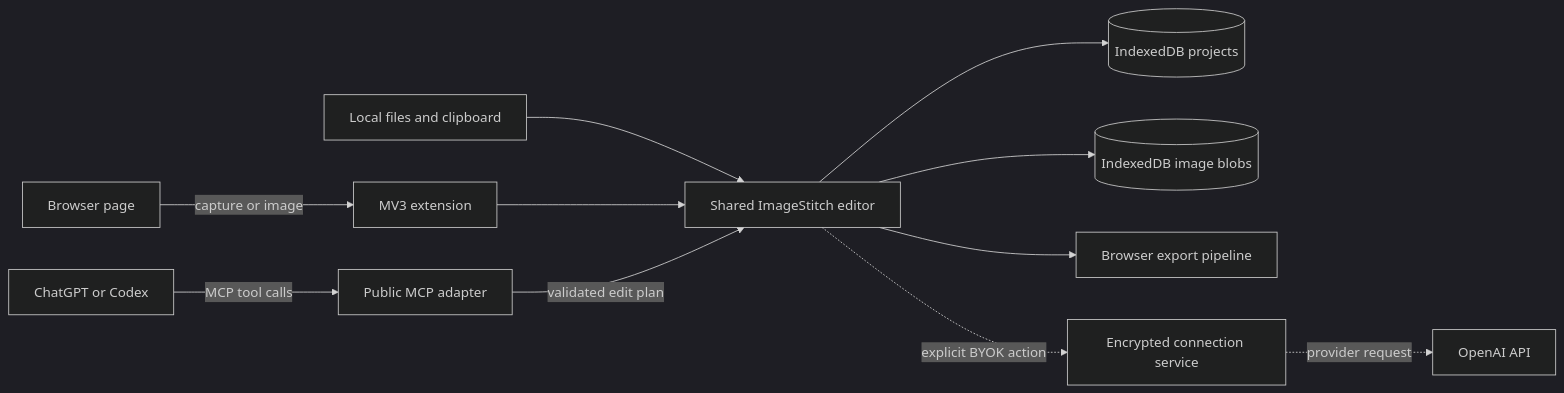
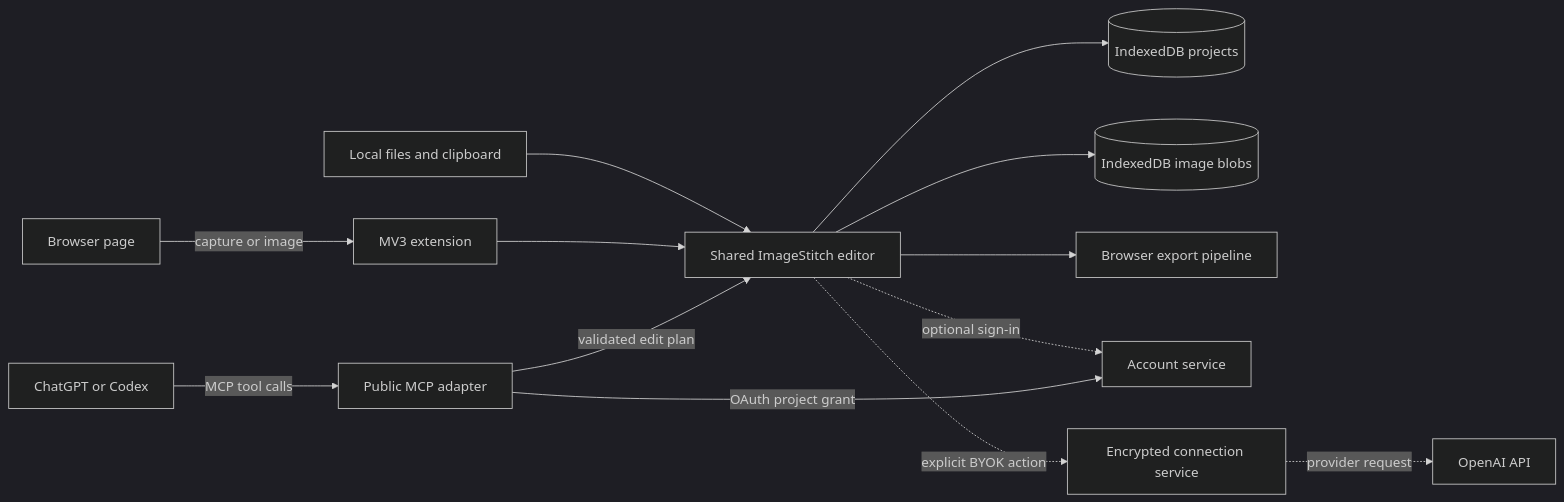
One commit to Wiplash-ai/image-stitch changed the first of 2 diagrams in docs/ARCHITECTURE.md. Above: the diagram before and after it, drawn with Mermaid (dark theme). The commit also changed other lines of this file and 15 other files, not shown here.

````diff
--- a/docs/ARCHITECTURE.md
+++ b/docs/ARCHITECTURE.md
@@ -16,13 +16,15 @@
 ```mermaid
 flowchart LR
   Browser[Browser page] -->|capture or image| Extension[MV3 extension]
   Upload[Local files and clipboard] --> Editor
   Extension --> Editor[Shared ImageStitch editor]
   Editor --> ProjectStore[(IndexedDB projects)]
   Editor --> AssetStore[(IndexedDB image blobs)]
   Editor --> Exporter[Browser export pipeline]
+  Editor -. optional sign-in .-> Identity[Account service]
   ChatGPT[ChatGPT or Codex] -->|MCP tool calls| MCP[Public MCP adapter]
+  MCP -->|OAuth project grant| Identity
   MCP -->|validated edit plan| Editor
   Editor -. explicit BYOK action .-> Vault[Encrypted connection service]
   Vault -. provider request .-> OpenAI[OpenAI API]
 ```
````
